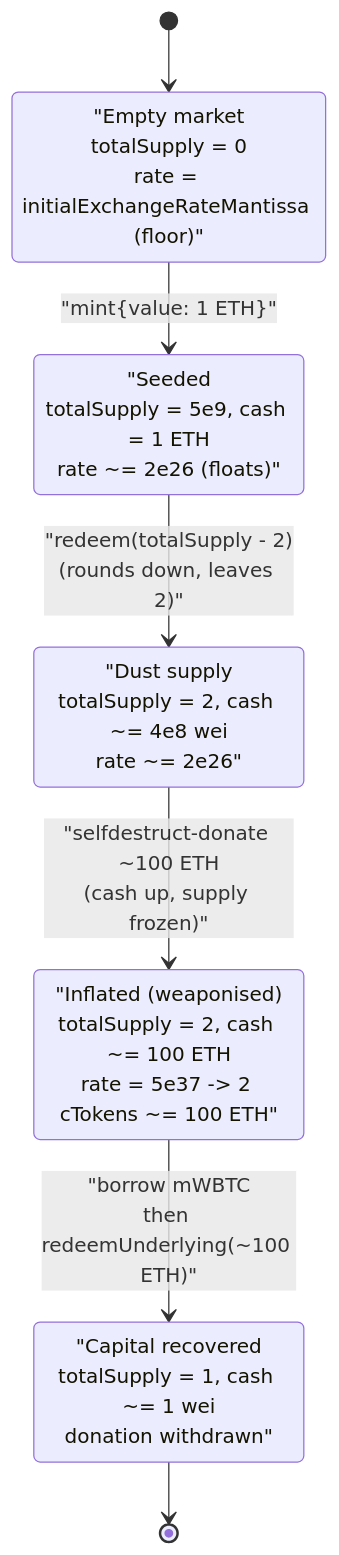
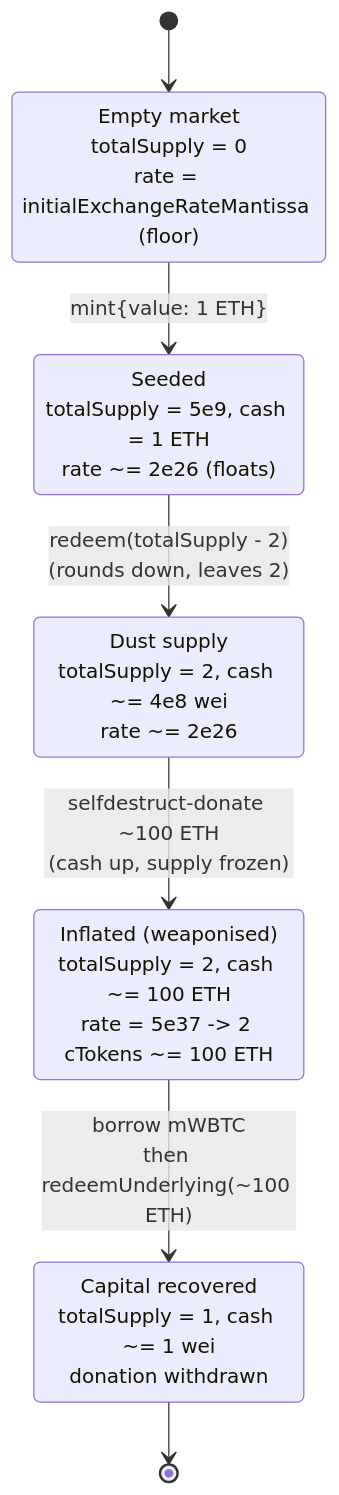
The second of 3 diagrams in 2023-11-MetaLend_exp/MetaLend_exp.md (sanbir/evm-hack-registry), drawn with Mermaid before and after one commit. The commit also changed 280 other files, not shown here.

Commit message:
mermaid fixes

````diff
--- a/2023-11-MetaLend_exp/MetaLend_exp.md
+++ b/2023-11-MetaLend_exp/MetaLend_exp.md
@@ -336,15 +336,15 @@
 ```mermaid
 stateDiagram-v2
     [*] --> Empty
-    Empty: "Empty market<br/>totalSupply = 0<br/>rate = initialExchangeRateMantissa (floor)"
-    Seeded: "Seeded<br/>totalSupply = 5e9, cash = 1 ETH<br/>rate ~= 2e26 (floats)"
-    Dust: "Dust supply<br/>totalSupply = 2, cash ~= 4e8 wei<br/>rate ~= 2e26"
-    Inflated: "Inflated (weaponised)<br/>totalSupply = 2, cash ~= 100 ETH<br/>rate = 5e37 -> 2 cTokens ~= 100 ETH"
-    Recovered: "Capital recovered<br/>totalSupply = 1, cash ~= 1 wei<br/>donation withdrawn"
+    Empty: Empty market<br/>totalSupply = 0<br/>rate = initialExchangeRateMantissa (floor)
+    Seeded: Seeded<br/>totalSupply = 5e9, cash = 1 ETH<br/>rate ~= 2e26 (floats)
+    Dust: Dust supply<br/>totalSupply = 2, cash ~= 4e8 wei<br/>rate ~= 2e26
+    Inflated: Inflated (weaponised)<br/>totalSupply = 2, cash ~= 100 ETH<br/>rate = 5e37 -> 2 cTokens ~= 100 ETH
+    Recovered: Capital recovered<br/>totalSupply = 1, cash ~= 1 wei<br/>donation withdrawn
 
-    Empty --> Seeded: "mint{value: 1 ETH}"
-    Seeded --> Dust: "redeem(totalSupply - 2)<br/>(rounds down, leaves 2)"
-    Dust --> Inflated: "selfdestruct-donate ~100 ETH<br/>(cash up, supply frozen)"
-    Inflated --> Recovered: "borrow mWBTC<br/>then redeemUnderlying(~100 ETH)"
+    Empty --> Seeded: mint{value#58; 1 ETH}
+    Seeded --> Dust: redeem(totalSupply - 2)<br/>(rounds down, leaves 2)
+    Dust --> Inflated: selfdestruct-donate ~100 ETH<br/>(cash up, supply frozen)
+    Inflated --> Recovered: borrow mWBTC<br/>then redeemUnderlying(~100 ETH)
     Recovered --> [*]
 ```
````
